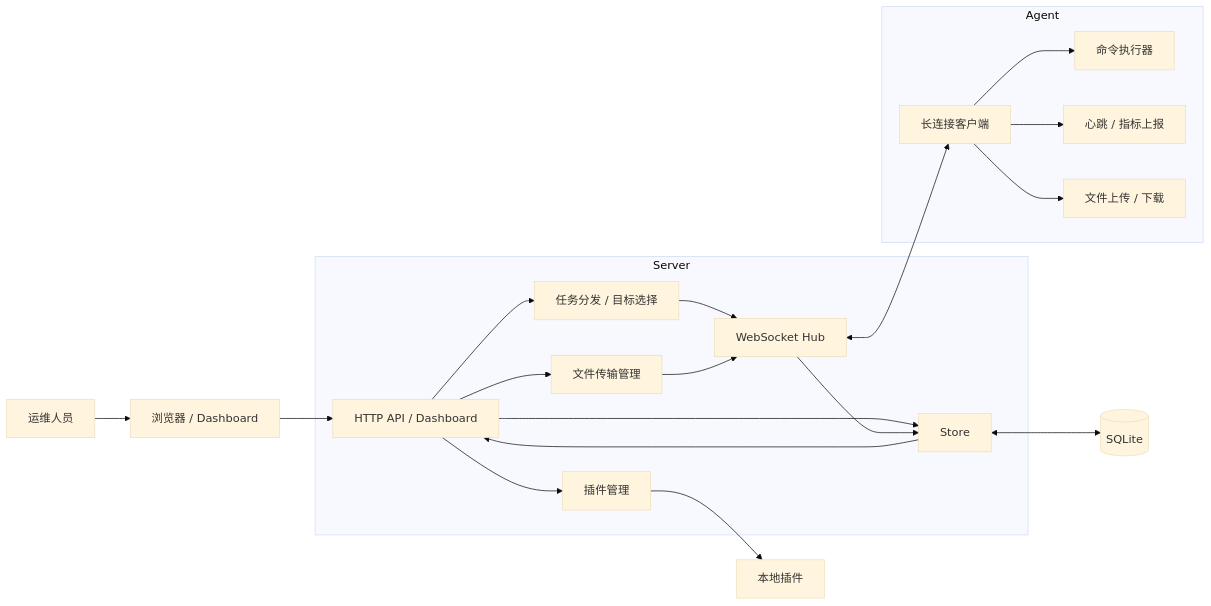
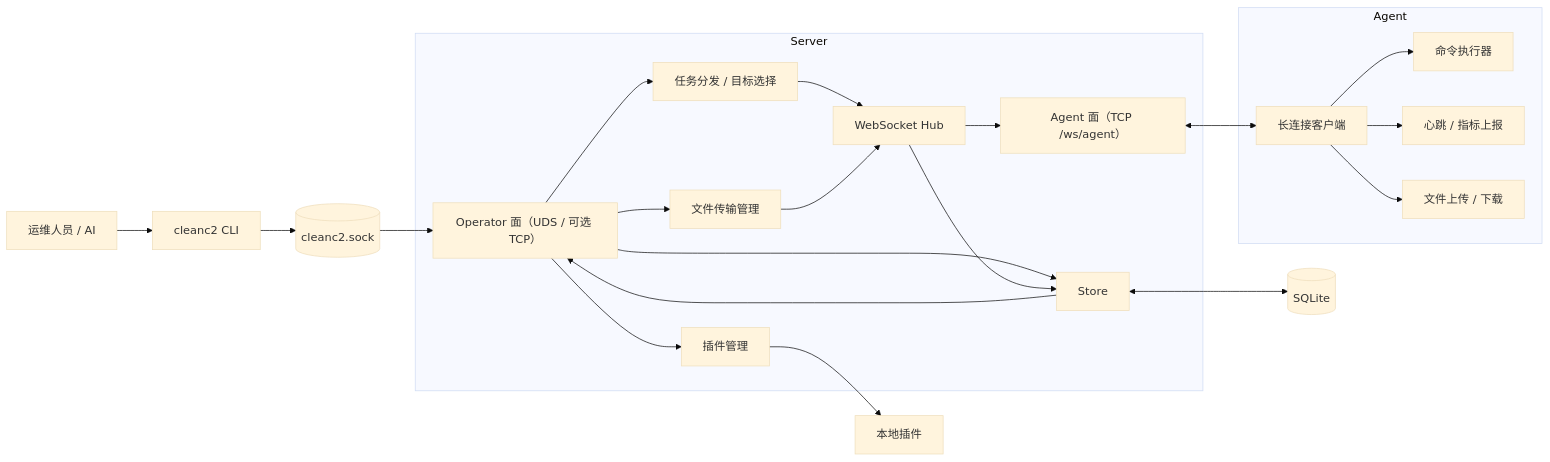
Before and after one commit to adfoke/cleanc2: the diagram in README.md, drawn with Mermaid (base theme). The commit also changed other lines of this file and 7 other files, not shown here.

First line of the commit message:
Remove web dashboard; split agent/operator planes with UDS default

````diff
--- a/README.md
+++ b/README.md
@@ -32,41 +32,45 @@
 ```mermaid
 flowchart LR
-    operator["运维人员"]
-    browser["浏览器 / Dashboard"]
+    operator["运维人员 / AI"]
+    cli["cleanc2 CLI"]
 
     subgraph server["Server"]
-        api["HTTP API / Dashboard"]
+        api["Operator 面（UDS / 可选 TCP）"]
+        agentplane["Agent 面（TCP /ws/agent）"]
         hub["WebSocket Hub"]
         dispatch["任务分发 / 目标选择"]
         transfer["文件传输管理"]
         plugins["插件管理"]
         store["Store"]
     end
 
     subgraph agent_side["Agent"]
         conn["长连接客户端"]
         exec["命令执行器"]
         metrics["心跳 / 指标上报"]
         fileio["文件上传 / 下载"]
     end
 
+    sock[("cleanc2.sock")]
     db[("SQLite")]
     hook["本地插件"]
 
-    operator --> browser
-    browser --> api
+    operator --> cli
+    cli --> sock
+    sock --> api
+    agentplane <--> conn
     api --> dispatch
     api --> transfer
     api --> store
     api --> plugins
     dispatch --> hub
     transfer --> hub
-    hub <--> conn
+    hub --> agentplane
     conn --> exec
     conn --> metrics
     conn --> fileio
     hub --> store
     store <--> db
     plugins --> hook
     store --> api
 ```
````
